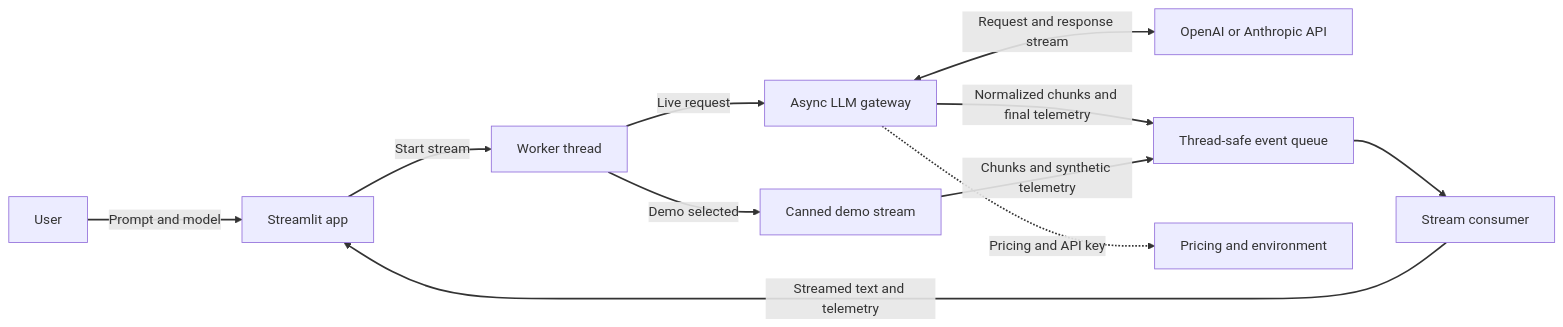
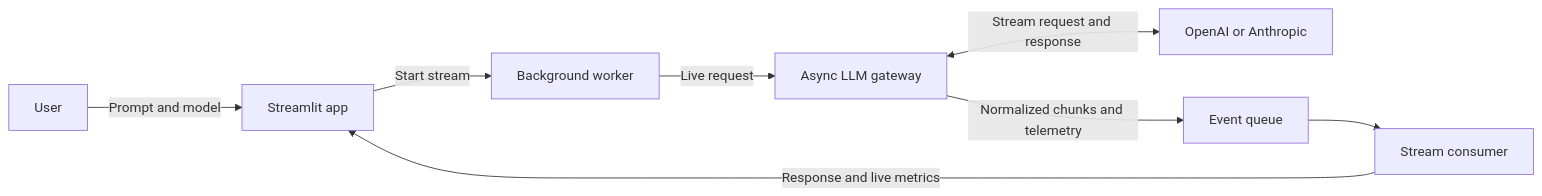
Before and after one commit to laurieroy/llm-gateway: the diagram in README.md, drawn with Mermaid. The commit also changed other lines of this file, not shown here.

````diff
--- a/README.md
+++ b/README.md
@@ -9,18 +12,11 @@
 ```mermaid
 flowchart LR
-    linkStyle default stroke-width: 2px
-
-    User[User] -->|Prompt and model| UI[Streamlit app]
-    UI -->|Start stream| Worker[Worker thread]
+    User -->|Prompt and model| UI[Streamlit app]
+    UI -->|Start stream| Worker[Background worker]
 
     Worker -->|Live request| Gateway[Async LLM gateway]
-    Gateway <-->|Request and response stream| ProviderAPI[OpenAI or Anthropic API]
-    Gateway -->|Normalized chunks and final telemetry| Queue[Thread-safe event queue]
-
-    Worker -->|Demo selected| Demo[Canned demo stream]
-    Demo -->|Chunks and synthetic telemetry| Queue
-
+    Gateway <-->|Stream request and response| Providers[OpenAI or Anthropic]
+    Gateway -->|Normalized chunks and telemetry| Queue[Event queue]
     Queue --> Consumer[Stream consumer]
-    Consumer -->|Streamed text and telemetry| UI
-    Gateway -.->|Pricing and API key| Config[Pricing and environment]
+    Consumer -->|Response and live metrics| UI
 ```
````
